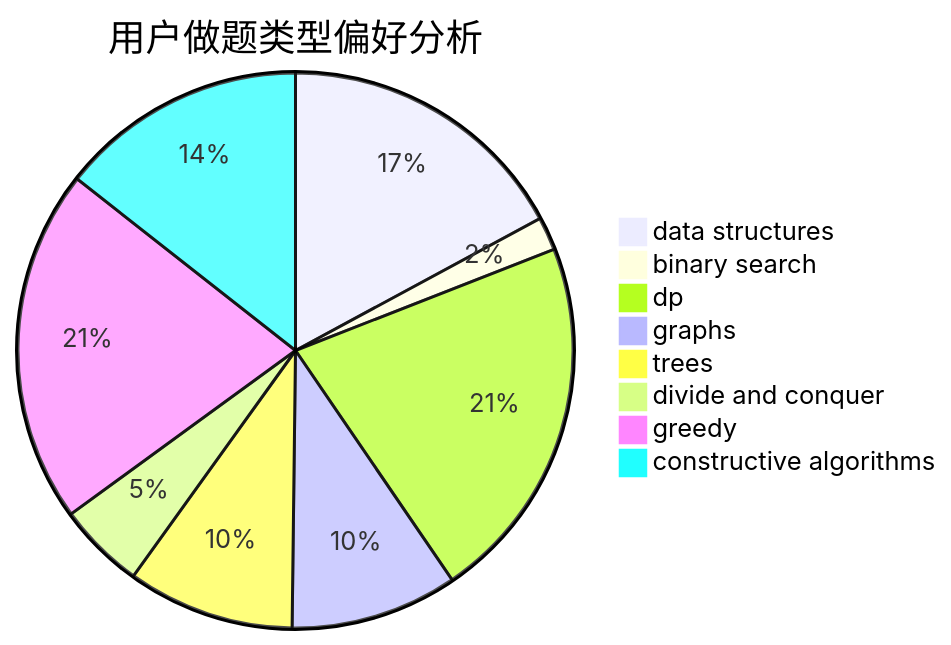
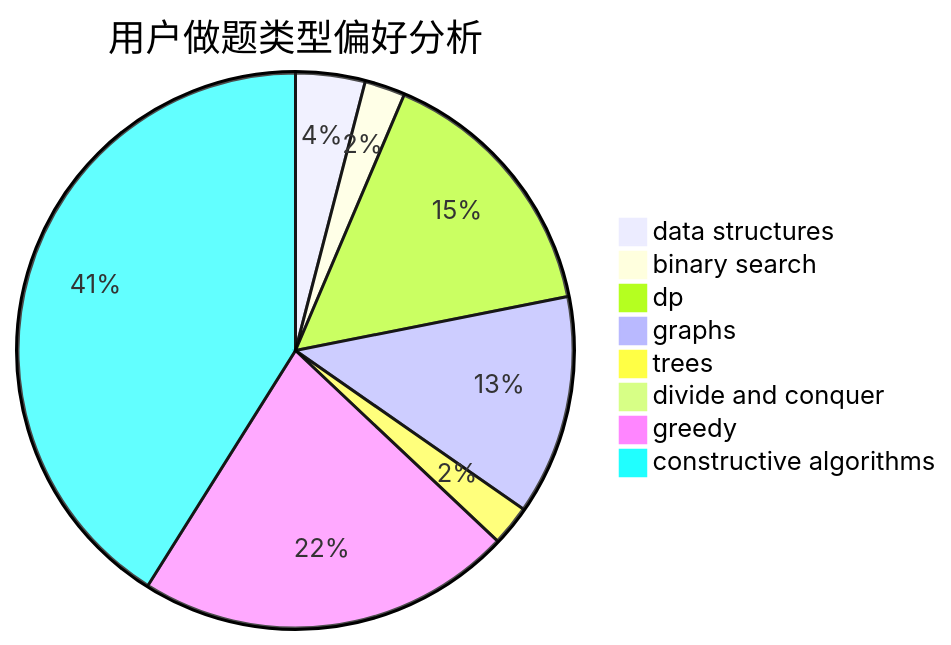
Before and after one commit to sherpahu/cfrs.github.io: the second of 3 diagrams in docs/user/u2222.md, drawn with Mermaid. The commit also changed other lines of this file and 2770 other files, not shown here.

````diff
--- a/docs/user/u2222.md
+++ b/docs/user/u2222.md
@@ -23,11 +23,11 @@
 ```mermaid
 pie title 用户做题类型偏好分析
-    "data structures" :  44
-    "binary search" :  5
-    "dp" :  55
-    "graphs" :  25
-    "trees" :  25
-    "divide and conquer" :  13
-    "greedy" :  53
-    "constructive algorithms" :  37
+    "data structures" :  12
+    "binary search" :  7
+    "dp" :  46
+    "graphs" :  38
+    "trees" :  7
+    "divide and conquer" :  0
+    "greedy" :  65
+    "constructive algorithms" :  122
 ```
````
